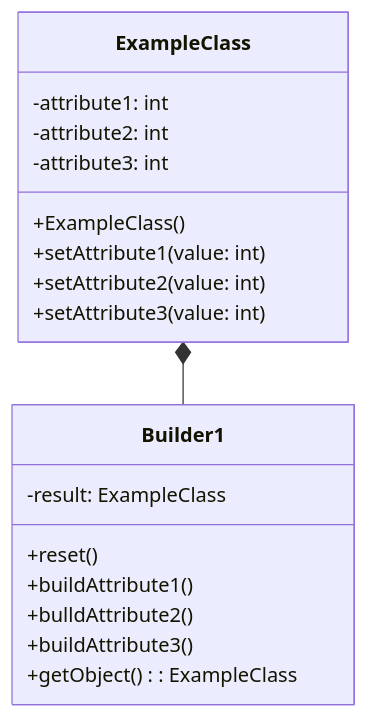
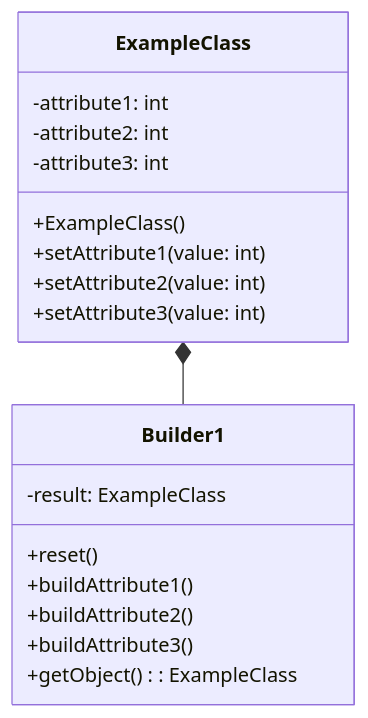
One commit to Bix2llets/CS202---Seminar changed the second of 3 diagrams in 1. Builder/Builder.md. Above: the diagram before and after it, drawn with Mermaid. The commit also changed other lines of this file, not shown here.

````diff
--- a/1. Builder/Builder.md
+++ b/1. Builder/Builder.md
@@ -46,21 +46,21 @@
 ```mermaid
 classDiagram
 class ExampleClass{
     -attribute1: int
     -attribute2: int
     -attribute3: int
     +ExampleClass()
     +setAttribute1(value: int)
     +setAttribute2(value: int)
     +setAttribute3(value: int)
 }
 ExampleClass *-- Builder1
 class Builder1{
  -result: ExampleClass
  +reset()
  +buildAttribute1()
- +bulldAttribute2()
+ +buildAttribute2()
  +buildAttribute3() 
  +getObject(): ExampleClass
 }
 ```
````
